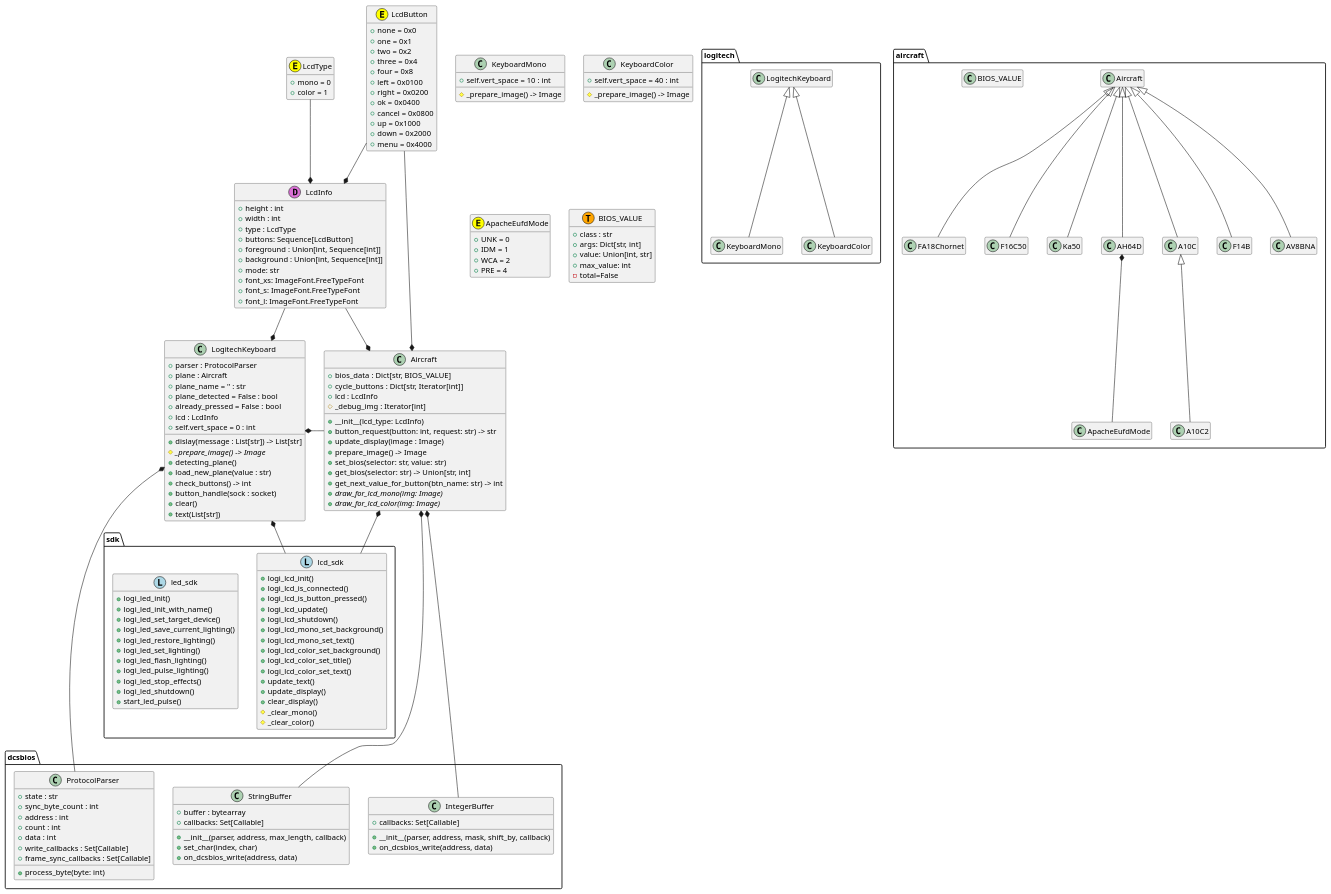
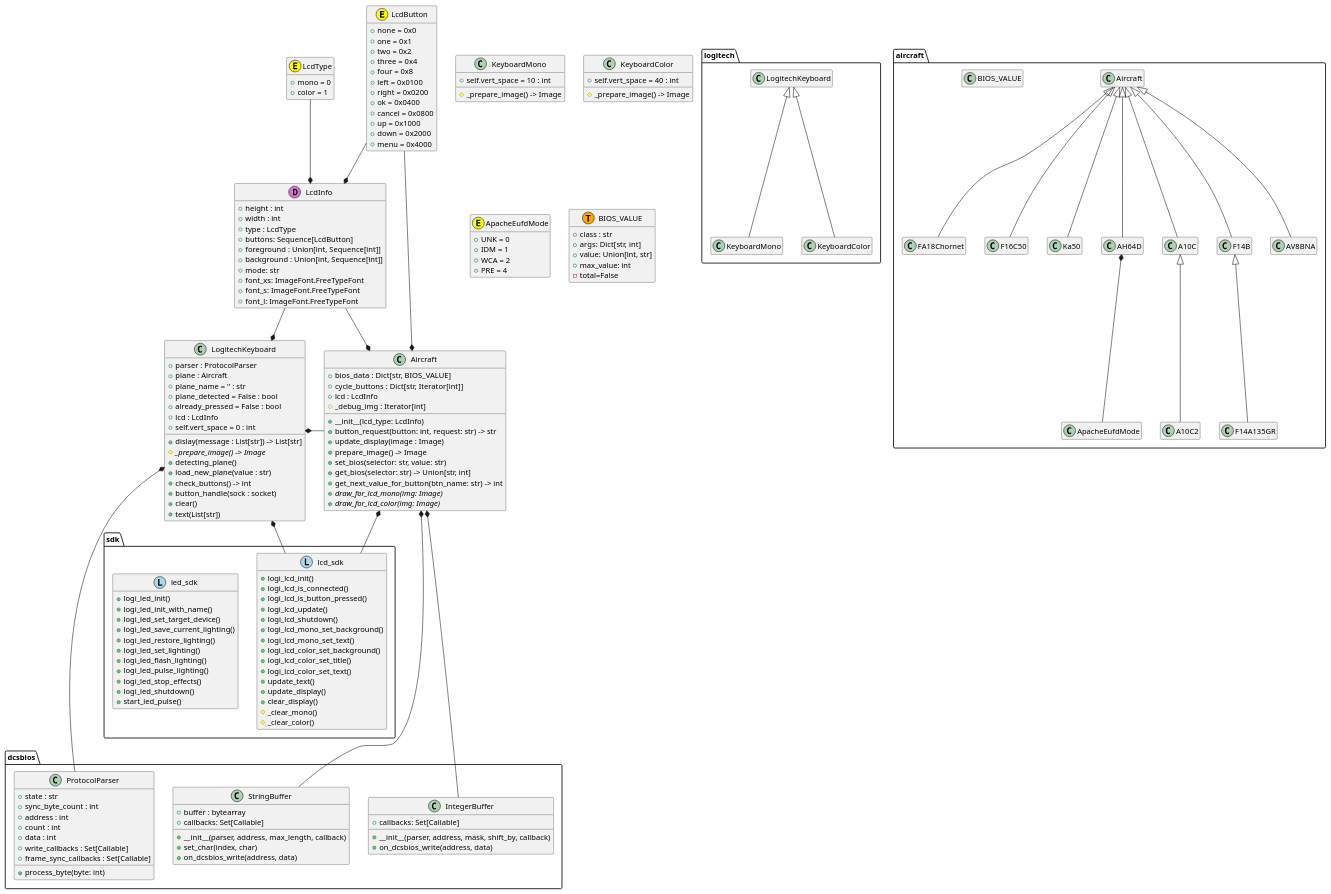
The diagram in uml/classes.puml (emcek/dcspy), drawn with PlantUML before and after one commit. The commit also changed 2 other files, not shown here.

```diff
--- a/uml/classes.puml
+++ b/uml/classes.puml
@@ -1,187 +1,188 @@
 @startuml
 hide empty members
 
 package dcsbios {
     class ProtocolParser {
         + state : str
         + sync_byte_count : int
         + address : int
         + count : int
         + data : int
         + write_callbacks : Set[Callable]
         + frame_sync_callbacks : Set[Callable]
         + process_byte(byte: int)
     }
 
     class StringBuffer {
         + buffer : bytearray
         + callbacks: Set[Callable]
         + __init__(parser, address, max_length, callback)
         + set_char(index, char)
         + on_dcsbios_write(address, data)
     }
 
     class IntegerBuffer {
         + callbacks: Set[Callable]
         + __init__(parser, address, mask, shift_by, callback)
         + on_dcsbios_write(address, data)
     }
 }
 
 package logitech {
     LogitechKeyboard <|-- KeyboardMono
     LogitechKeyboard <|-- KeyboardColor
 }
 
 class LogitechKeyboard {
     + parser : ProtocolParser
     + plane : Aircraft
     + plane_name = '' : str
     + plane_detected = False : bool
     + already_pressed = False : bool
     + lcd : LcdInfo
     + self.vert_space = 0 : int
     + dislay(message : List[str]) -> List[str]
     # {abstract} _prepare_image() -> Image
     + detecting_plane()
     + load_new_plane(value : str)
     + check_buttons() -> int
     + button_handle(sock : socket)
     + clear()
     + text(List[str])
 }
 
 class KeyboardMono {
     + self.vert_space = 10 : int
     # _prepare_image() -> Image
 }
 
 class KeyboardColor {
     + self.vert_space = 40 : int
     # _prepare_image() -> Image
 }
 
 package aircraft {
   Aircraft <|-- FA18Chornet
   Aircraft <|-- F16C50
   Aircraft <|-- Ka50
   Aircraft <|-- AH64D
   Aircraft <|-- A10C
   A10C <|-- A10C2
   Aircraft <|-- F14B
+  F14B <|-- F14A135GR
   Aircraft <|-- AV8BNA
   class BIOS_VALUE
   AH64D *-- ApacheEufdMode
 }
 
 class Aircraft {
     + bios_data : Dict[str, BIOS_VALUE]
     + cycle_buttons : Dict[str, Iterator[int]]
     + lcd : LcdInfo
     # _debug_img : Iterator[int]
     + __init__(lcd_type: LcdInfo)
     + button_request(button: int, request: str) -> str
     + update_display(image : Image)
     + prepare_image() -> Image
     + set_bios(selector: str, value: str)
     + get_bios(selector: str) -> Union[str, int]
     + get_next_value_for_button(btn_name: str) -> int
     + {abstract} draw_for_lcd_mono(img: Image)
     + {abstract} draw_for_lcd_color(img: Image)
 }
 
 class ApacheEufdMode <<(E,yellow)>> {
     + UNK = 0
     + IDM = 1
     + WCA = 2
     + PRE = 4
 }
 
 class BIOS_VALUE <<(T,orange)>> {
     + class : str
     + args: Dict[str, int]
     + value: Union[int, str]
     + max_value: int
     - total=False
 }
 
 class LcdInfo <<(D,orchid)>> {
     + height : int
     + width : int
     + type : LcdType
     + buttons: Sequence[LcdButton]
     + foreground : Union[int, Sequence[int]]
     + background : Union[int, Sequence[int]]
     + mode: str
     + font_xs: ImageFont.FreeTypeFont
     + font_s: ImageFont.FreeTypeFont
     + font_l: ImageFont.FreeTypeFont
 }
 
 class LcdType <<(E,yellow)>> {
     + mono = 0
     + color = 1
 }
 
 class LcdButton <<(E,yellow)>> {
     + none = 0x0
     + one = 0x1
     + two = 0x2
     + three = 0x4
     + four = 0x8
     + left = 0x0100
     + right = 0x0200
     + ok = 0x0400
     + cancel = 0x0800
     + up = 0x1000
     + down = 0x2000
     + menu = 0x4000
 }
 
 package sdk{
     class lcd_sdk <<(L,lightblue)>> {
         + logi_lcd_init()
         + logi_lcd_is_connected()
         + logi_lcd_is_button_pressed()
         + logi_lcd_update()
         + logi_lcd_shutdown()
         + logi_lcd_mono_set_background()
         + logi_lcd_mono_set_text()
         + logi_lcd_color_set_background()
         + logi_lcd_color_set_title()
         + logi_lcd_color_set_text()
         + update_text()
         + update_display()
         + clear_display()
         # _clear_mono()
         # _clear_color()
     }
     class led_sdk <<(L,lightblue)>> {
         + logi_led_init()
         + logi_led_init_with_name()
         + logi_led_set_target_device()
         + logi_led_save_current_lighting()
         + logi_led_restore_lighting()
         + logi_led_set_lighting()
         + logi_led_flash_lighting()
         + logi_led_pulse_lighting()
         + logi_led_stop_effects()
         + logi_led_shutdown()
         + start_led_pulse()
     }
 }
 
 LcdType --* LcdInfo
 LcdButton --* LcdInfo
 LcdButton --* Aircraft
 
 LogitechKeyboard *- Aircraft
 LcdInfo -* LogitechKeyboard
 LogitechKeyboard *--- ProtocolParser
 LogitechKeyboard *-- lcd_sdk
 
 LcdInfo --* Aircraft
 Aircraft *-- StringBuffer
 Aircraft *--- IntegerBuffer
 Aircraft *-- lcd_sdk
 @enduml
```
